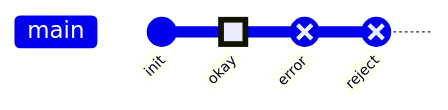
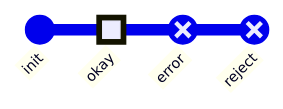
One commit to revue-org/shared-slides changed the fifth of 19 diagrams in git/dvcs-concepts.md. Above: the diagram before and after it, drawn with Mermaid. The commit also changed other lines of this file, not shown here.

````diff
--- a/git/dvcs-concepts.md
+++ b/git/dvcs-concepts.md
@@ -139,7 +142,8 @@
 ```mermaid
+%%{init: { 'gitGraph': { 'showBranches': false }} }%%
 gitGraph
   commit id: "init"
   commit id: "okay" type: HIGHLIGHT
   commit id: "error" type: REVERSE
   commit id: "reject" type: REVERSE
 ```
````
